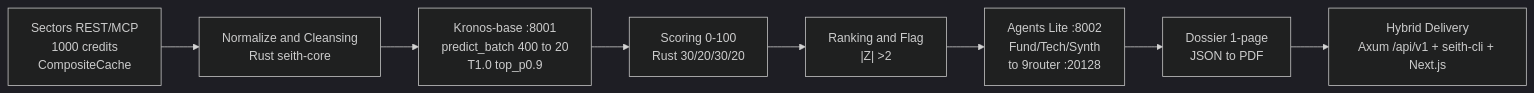
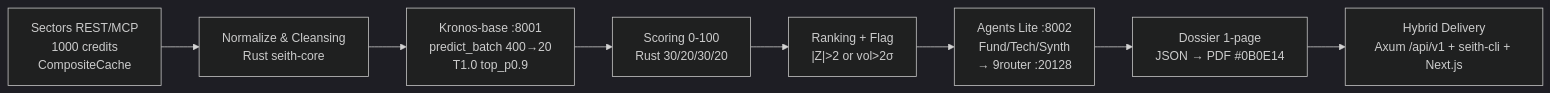
Before and after one commit to kazanaruishere-max/SEITH-MARKET-IDX: the diagram in README.md, drawn with Mermaid (dark theme). The commit also changed other lines of this file and 131 other files, not shown here.

````diff
--- a/README.md
+++ b/README.md
@@ -114,10 +133,10 @@
 ```mermaid
 flowchart LR
-  S["Sectors REST/MCP<br/>1000 credits<br/>CompositeCache"] --> N["Normalize and Cleansing<br/>Rust seith-core"]
-  N --> K["Kronos-base :8001<br/>predict_batch 400 to 20<br/>T1.0 top_p0.9"]
+  S["Sectors REST/MCP<br/>1000 credits<br/>CompositeCache"] --> N["Normalize & Cleansing<br/>Rust seith-core"]
+  N --> K["Kronos-base :8001<br/>predict_batch 400→20<br/>T1.0 top_p0.9"]
   K --> SC["Scoring 0-100<br/>Rust 30/20/30/20"]
-  SC --> R["Ranking and Flag<br/>|Z| >2"]
-  R --> A["Agents Lite :8002<br/>Fund/Tech/Synth<br/>to 9router :20128"]
-  A --> D["Dossier 1-page<br/>JSON to PDF"]
+  SC --> R["Ranking + Flag<br/>|Z|>2 or vol>2σ"]
+  R --> A["Agents Lite :8002<br/>Fund/Tech/Synth<br/>→ 9router :20128"]
+  A --> D["Dossier 1-page<br/>JSON → PDF #0B0E14"]
   D --> H["Hybrid Delivery<br/>Axum /api/v1 + seith-cli + Next.js"]
 ```
````
